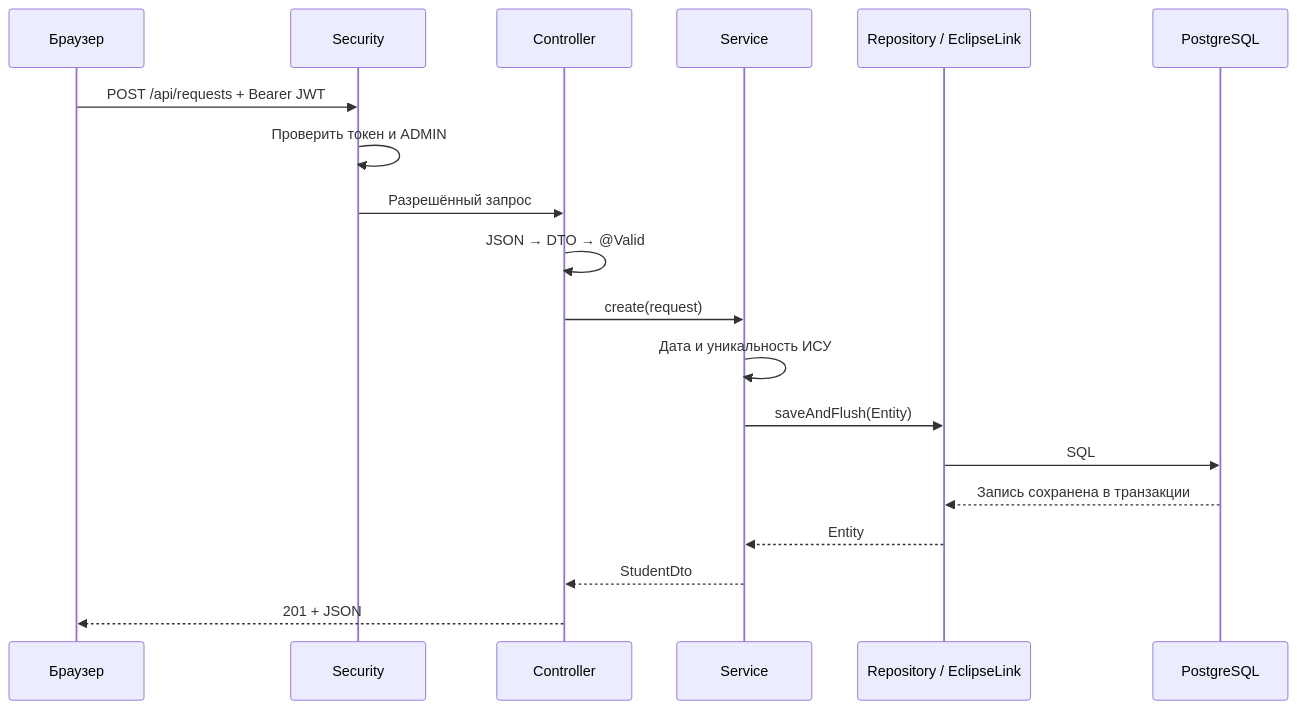
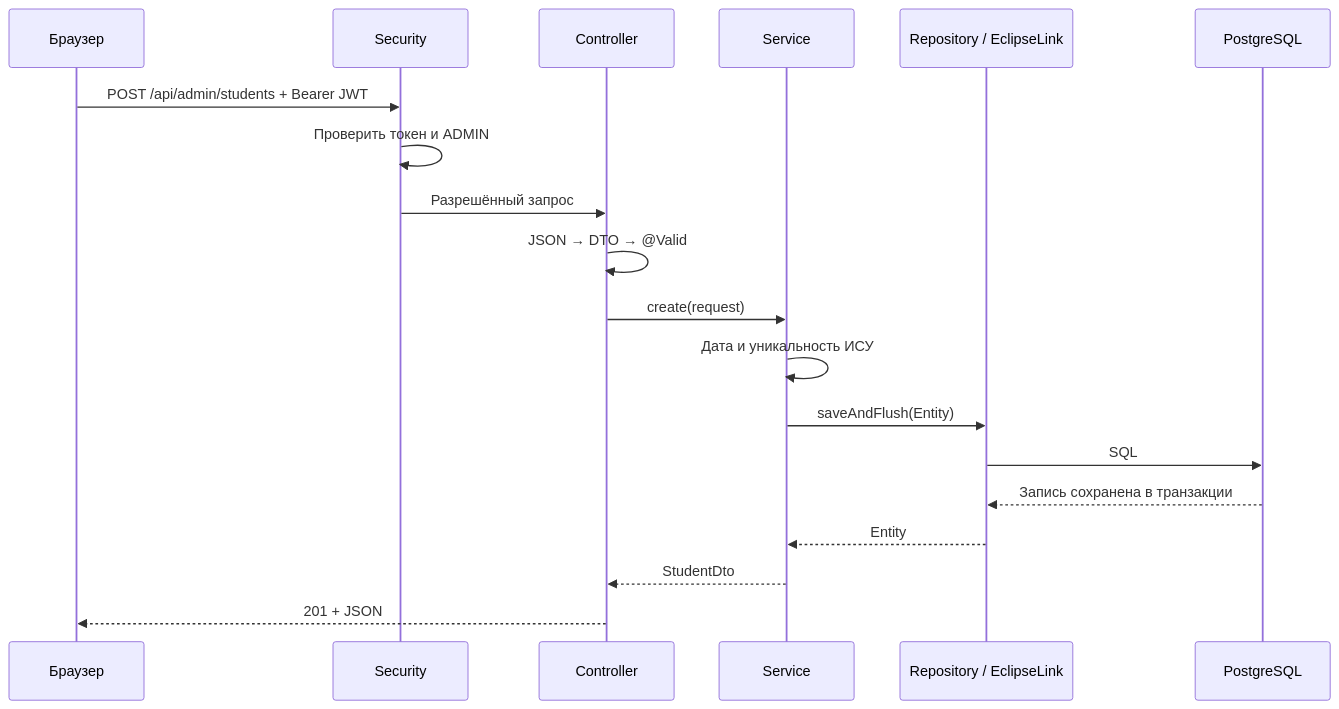
Before and after one commit to l1234-tech/student-management: the first of 2 diagrams in 3 lab/DEFENSE.md, drawn with Mermaid. The commit also changed other lines of this file, not shown here.

Commit message:
Update defense notes for role-specific API and security

````diff
--- a/3 lab/DEFENSE.md
+++ b/3 lab/DEFENSE.md
@@ -267,21 +267,21 @@
 ```mermaid
 sequenceDiagram
     participant B as Браузер
     participant F as Security
     participant C as Controller
     participant S as Service
     participant R as Repository / EclipseLink
     participant D as PostgreSQL
-    B->>F: POST /api/requests + Bearer JWT
+    B->>F: POST /api/admin/students + Bearer JWT
     F->>F: Проверить токен и ADMIN
     F->>C: Разрешённый запрос
     C->>C: JSON → DTO → @Valid
     C->>S: create(request)
     S->>S: Дата и уникальность ИСУ
     S->>R: saveAndFlush(Entity)
     R->>D: SQL
     D-->>R: Запись сохранена в транзакции
     R-->>S: Entity
     S-->>C: StudentDto
     C-->>B: 201 + JSON
 ```
````
